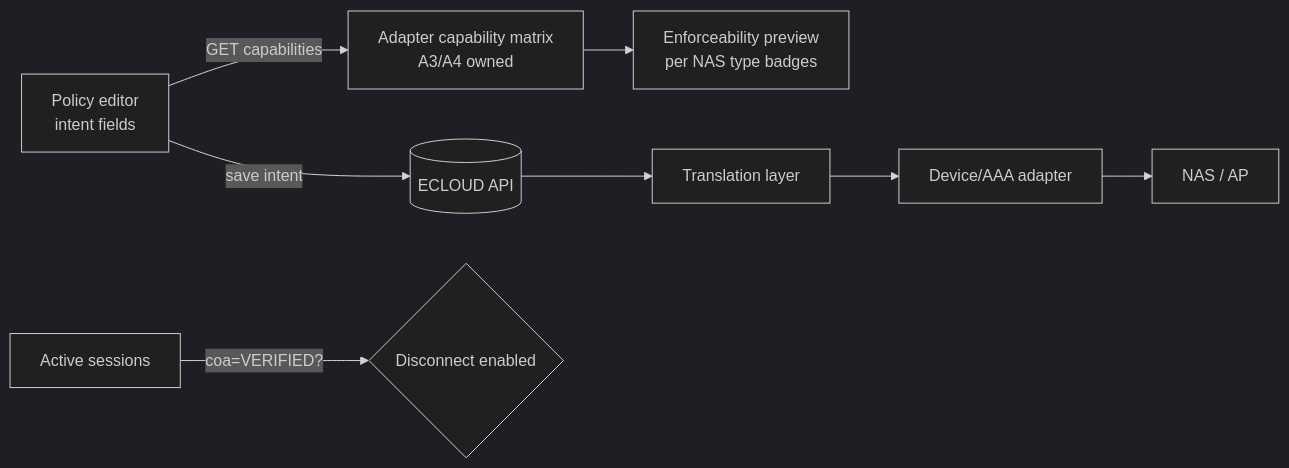
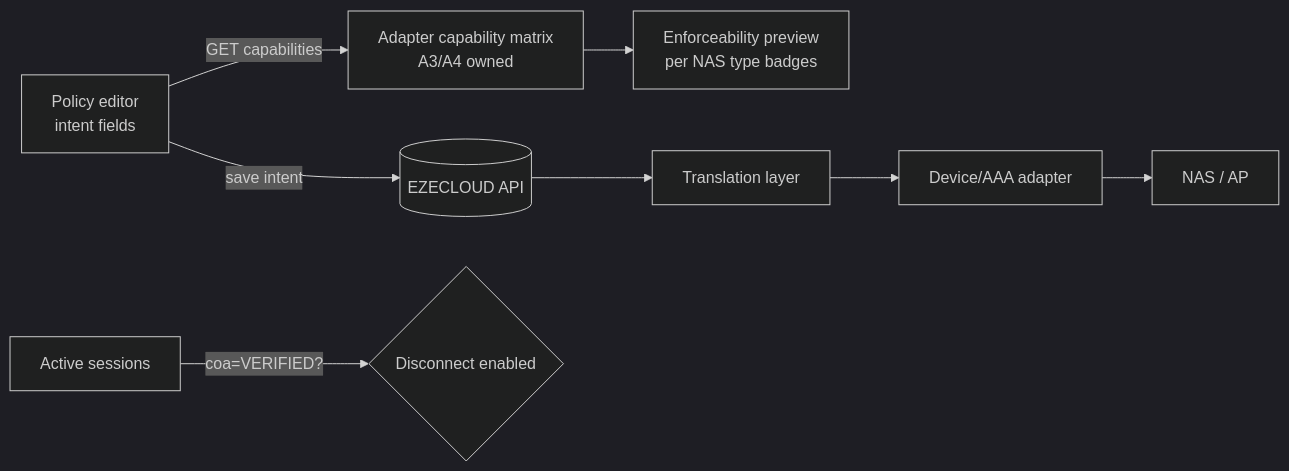
Before and after one commit to dannymagat/ecloud: the diagram in ADMIN_UI_ARCHITECTURE.md, drawn with Mermaid (dark theme). The commit also changed other lines of this file and 211 other files, not shown here.

First line of the commit message:
Rename product name ECLOUD to EZECLOUD in text, UI and docs

````diff
--- a/ADMIN_UI_ARCHITECTURE.md
+++ b/ADMIN_UI_ARCHITECTURE.md
@@ -86,8 +86,8 @@
 ```mermaid
 flowchart LR
   PE[Policy editor<br/>intent fields] -->|GET capabilities| CAP[Adapter capability matrix<br/>A3/A4 owned]
   CAP --> PV[Enforceability preview<br/>per NAS type badges]
-  PE -->|save intent| API[(ECLOUD API)]
+  PE -->|save intent| API[(EZECLOUD API)]
   API --> TL[Translation layer] --> AD[Device/AAA adapter] --> NAS[NAS / AP]
   SES[Active sessions] -->|coa=VERIFIED?| BTN{Disconnect enabled}
 ```
````
